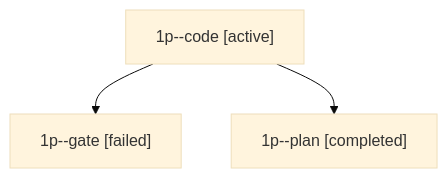
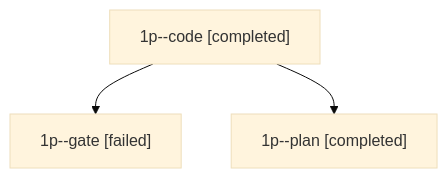
Before and after one commit to sase-org/sase--agents: the diagram in families/bbugyi200.apollo.1p.md, drawn with Mermaid (base theme). The commit also changed other lines of this file and 1735 other files, not shown here.

````diff
--- a/families/bbugyi200.apollo.1p.md
+++ b/families/bbugyi200.apollo.1p.md
@@ -9,8 +9,8 @@
 ```mermaid
 flowchart TD
-  n0["1p--code [active]"]
+  n0["1p--code [completed]"]
   n1["1p--gate [failed]"]
   n0 --> n1
   n2["1p--plan [completed]"]
   n0 --> n2
 ```
````
